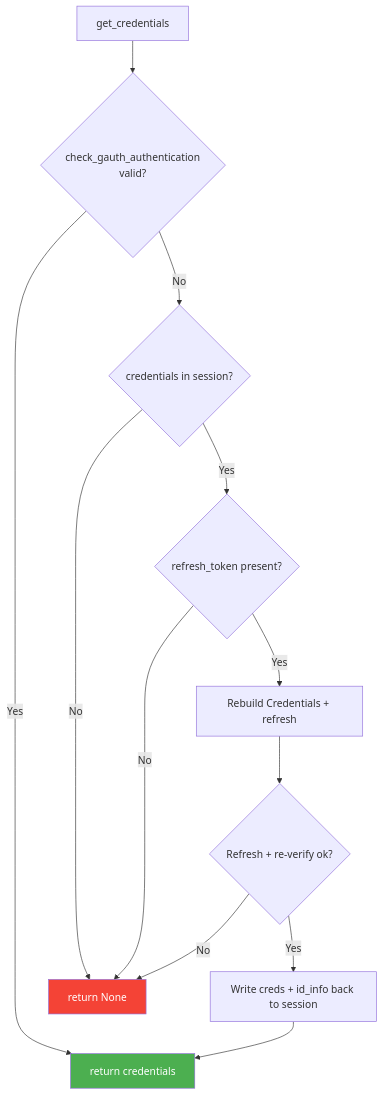
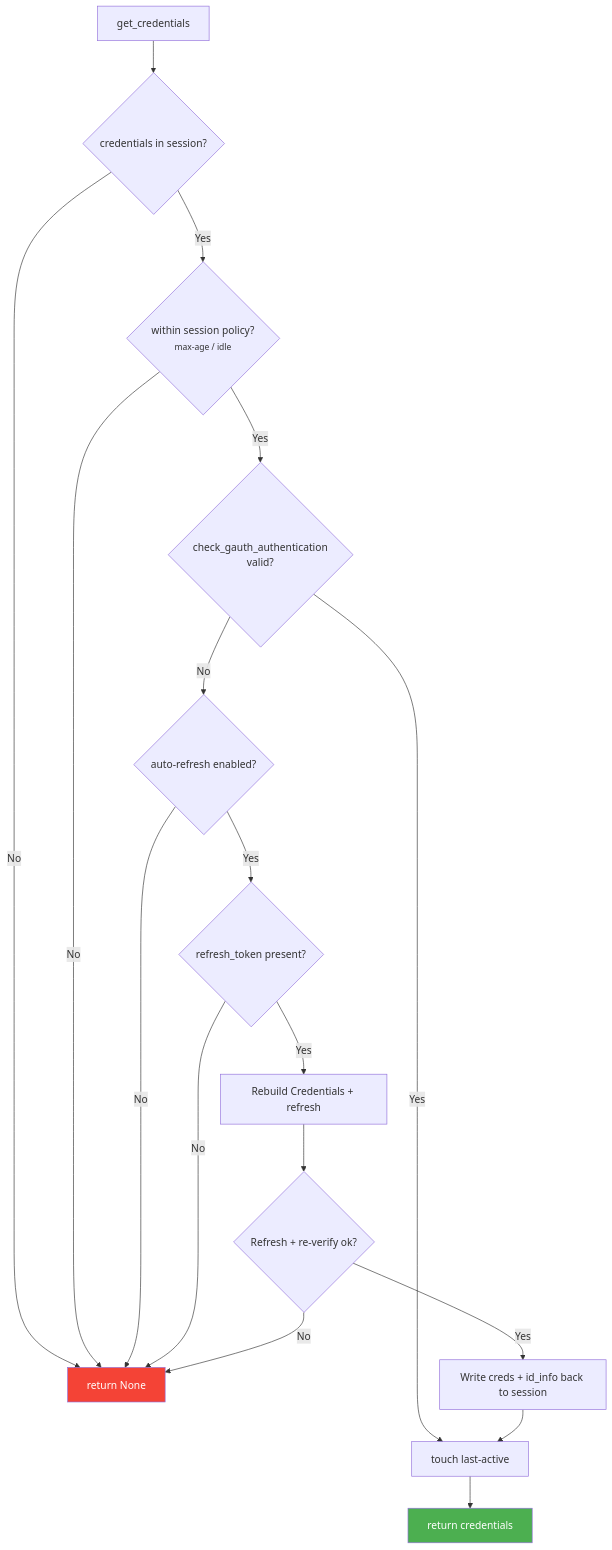
One commit to masterPiece93/django-gauth changed the second of 2 diagrams in docs/api/utilities.md. Above: the diagram before and after it, drawn with Mermaid. The commit also changed other lines of this file and 4 other files, not shown here.

Commit message:
feat(session lifecycle management) - configurable session refresh fetaure - updated docs

````diff
--- a/docs/api/utilities.md
+++ b/docs/api/utilities.md
@@ -173,17 +173,21 @@
 ```mermaid
 flowchart TD
-    A[get_credentials] --> B{check_gauth_authentication\nvalid?}
-    B -->|Yes| C[return credentials]
-    B -->|No| D{credentials in session?}
-    D -->|No| E[return None]
-    D -->|Yes| F{refresh_token present?}
+    A[get_credentials] --> Z{credentials in session?}
+    Z -->|No| E[return None]
+    Z -->|Yes| P{within session policy?<br/><small>max-age / idle</small>}
+    P -->|No| E
+    P -->|Yes| B{check_gauth_authentication<br/>valid?}
+    B -->|Yes| T[touch last-active] --> C[return credentials]
+    B -->|No| AR{auto-refresh enabled?}
+    AR -->|No| E
+    AR -->|Yes| F{refresh_token present?}
     F -->|No| E
     F -->|Yes| G[Rebuild Credentials + refresh]
     G --> H{Refresh + re-verify ok?}
     H -->|No| E
     H -->|Yes| I[Write creds + id_info back to session]
-    I --> C
+    I --> T
 
     style C fill:#4CAF50,color:white
     style E fill:#f44336,color:white
 ```
````
